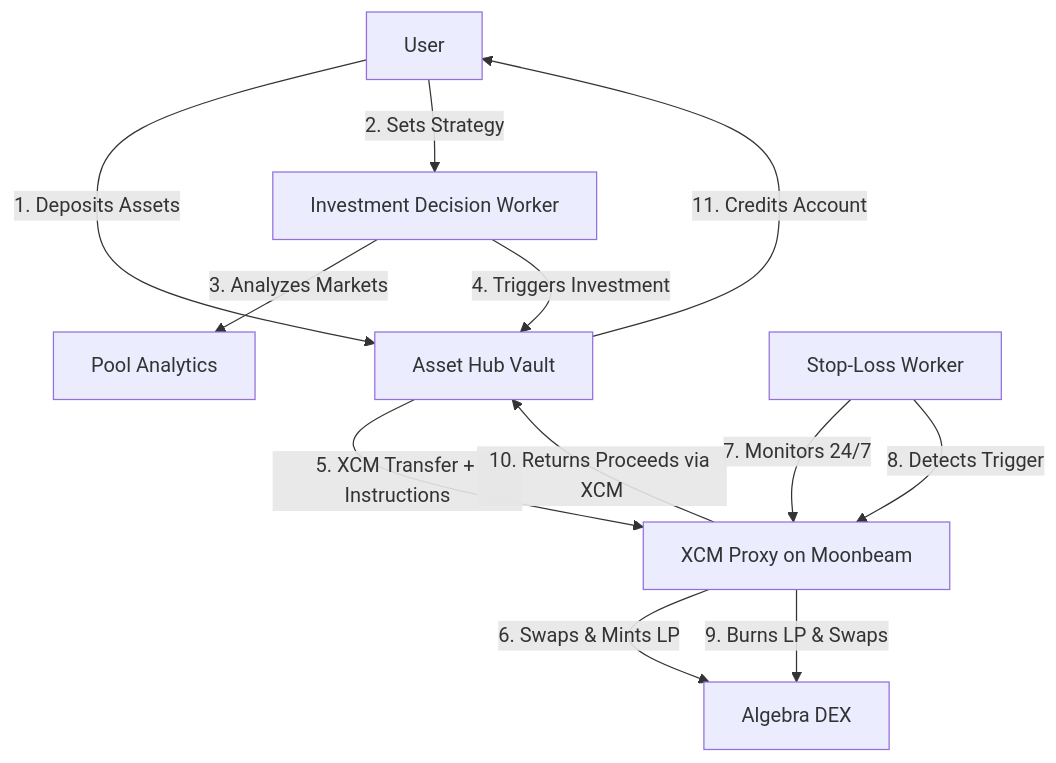
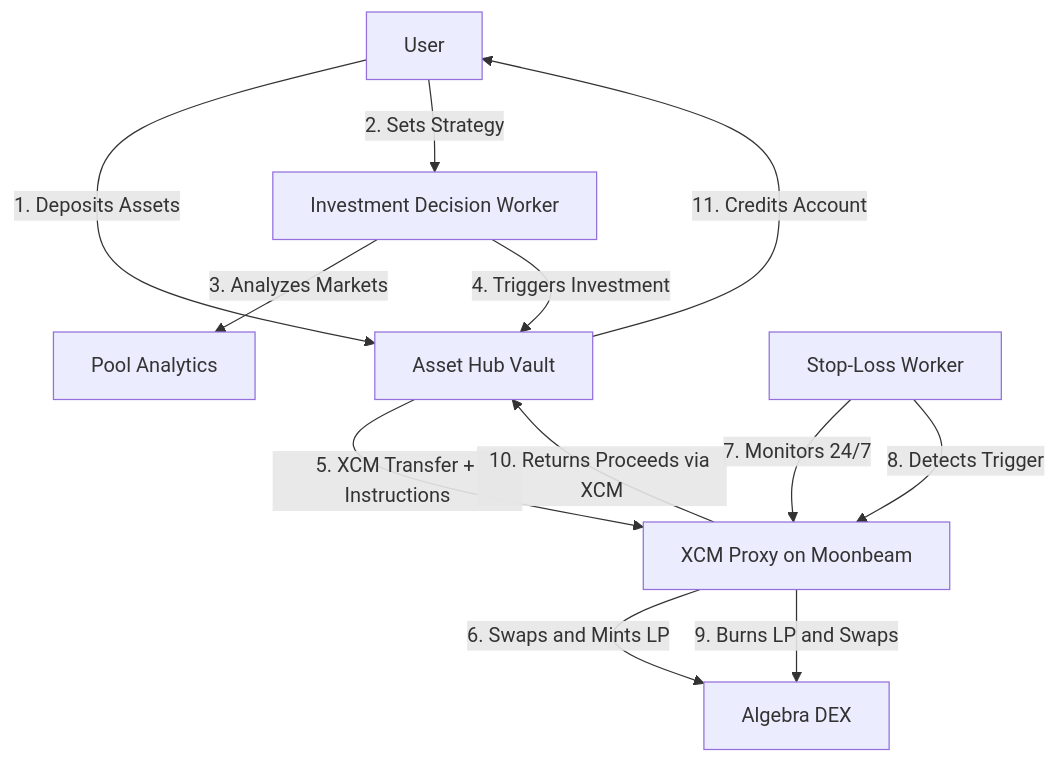
Before and after one commit to gabikreal1/LiquiDOT: the diagram in gitbook/getting-started/how-it-works.md, drawn with Mermaid. The commit also changed 4 other files, not shown here.

````diff
--- a/gitbook/getting-started/how-it-works.md
+++ b/gitbook/getting-started/how-it-works.md
@@ -11,14 +11,14 @@
 ```mermaid
 graph TB
     User[User] -->|1. Deposits Assets| AssetHub[Asset Hub Vault]
     User -->|2. Sets Strategy| Backend[Investment Decision Worker]
     Backend -->|3. Analyzes Markets| PoolData[Pool Analytics]
     Backend -->|4. Triggers Investment| AssetHub
     AssetHub -->|5. XCM Transfer + Instructions| Moonbeam[XCM Proxy on Moonbeam]
-    Moonbeam -->|6. Swaps & Mints LP| DEX[Algebra DEX]
+    Moonbeam -->|6. Swaps and Mints LP| DEX[Algebra DEX]
     Monitor[Stop-Loss Worker] -->|7. Monitors 24/7| Moonbeam
     Monitor -->|8. Detects Trigger| Moonbeam
-    Moonbeam -->|9. Burns LP & Swaps| DEX
+    Moonbeam -->|9. Burns LP and Swaps| DEX
     Moonbeam -->|10. Returns Proceeds via XCM| AssetHub
     AssetHub -->|11. Credits Account| User
 ```
````
